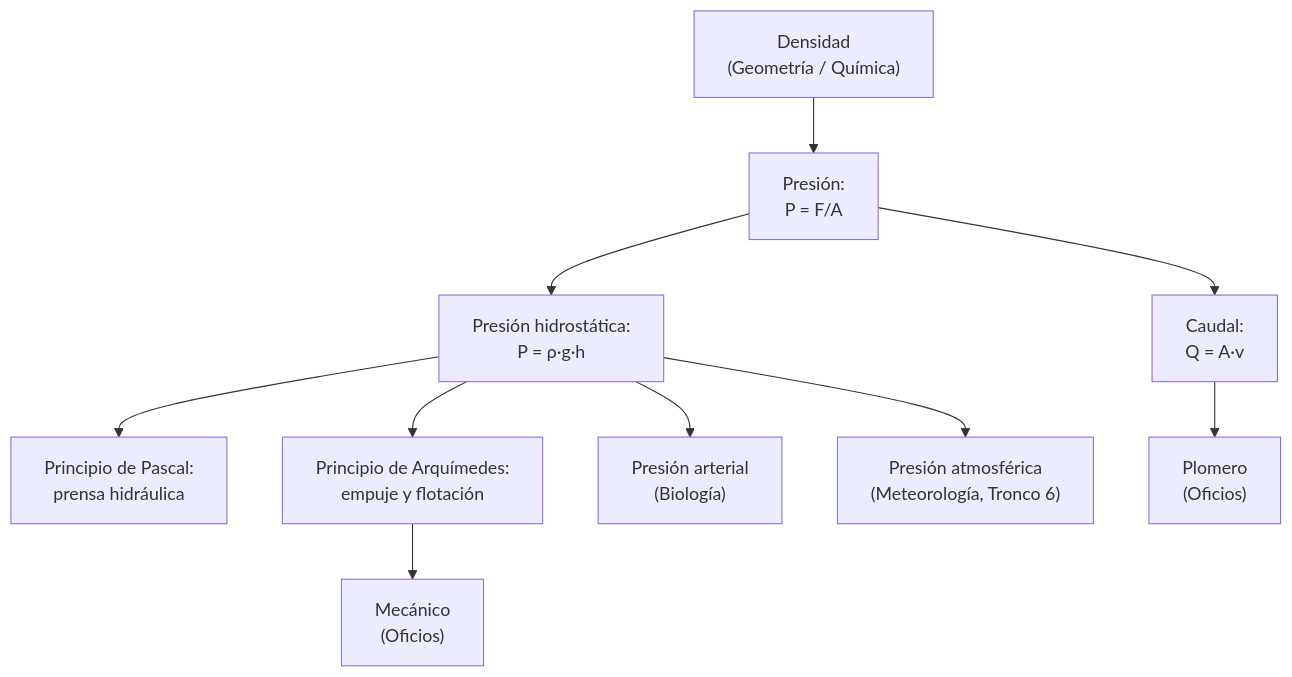
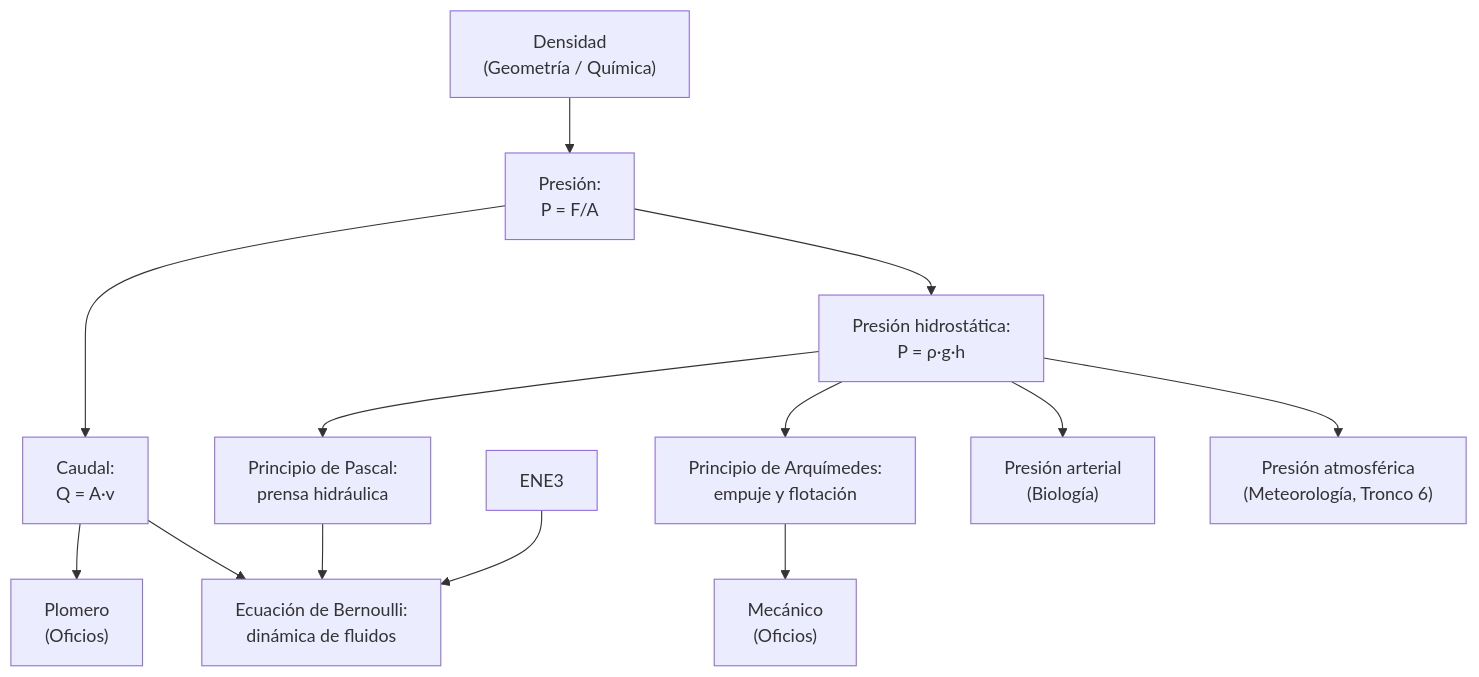
Diagram 20 of 53 in content/troncos.md (BOTC3PO/Proyecto_final), drawn with Mermaid before and after one commit. The commit also changed other lines of this file and 2 other files, not shown here.

````diff
--- a/content/troncos.md
+++ b/content/troncos.md
@@ -2652,13 +2681,16 @@
 ```mermaid
 graph TD
   Q2P["Densidad<br/>(Geometría / Química)"] --> FLU1["Presión:<br/>P = F/A"]
   FLU1 --> FLU2["Presión hidrostática:<br/>P = ρ·g·h"]
   FLU1 --> FLU3["Caudal:<br/>Q = A·v"]
   FLU2 --> FLU4["Principio de Pascal:<br/>prensa hidráulica"]
+  FLU3 --> FLU6["Ecuación de Bernoulli:<br/>dinámica de fluidos"]
+  FLU4 --> FLU6
+  ENE3 --> FLU6
   FLU2 --> FLU5["Principio de Arquímedes:<br/>empuje y flotación"]
   FLU5 --> OF5P2["Mecánico<br/>(Oficios)"]
 
   FLU2 --> BKPP["Presión arterial<br/>(Biología)"]
   FLU2 --> MET1P["Presión atmosférica<br/>(Meteorología, Tronco 6)"]
   FLU3 --> OF2P["Plomero<br/>(Oficios)"]
 ```
````
